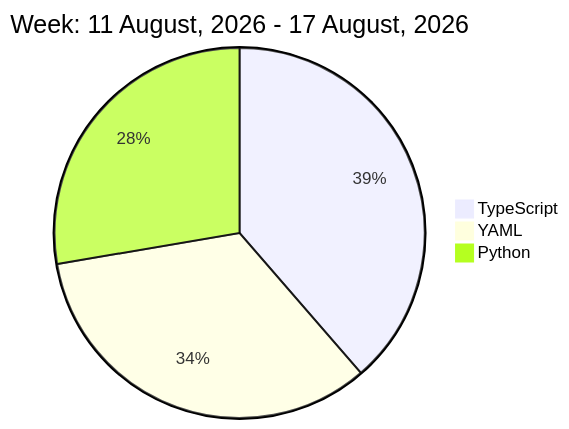
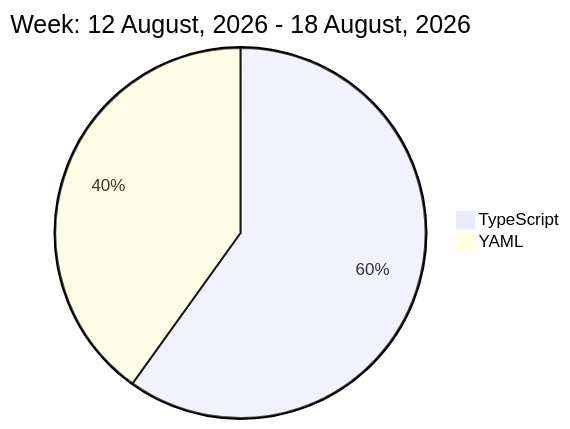
Before and after one commit to liubin95/liubin95: the diagram in README.md, drawn with Mermaid.

Commit message:
Updated the Graph with new Metrics

````diff
--- a/README.md
+++ b/README.md
@@ -32,7 +32,6 @@
 ```mermaid
  pie
-title Week: 11 August, 2026 - 17 August, 2026
- "TypeScript" : 3.67
- "YAML" : 3.2
- "Python" : 2.63
+title Week: 12 August, 2026 - 18 August, 2026
+ "TypeScript" : 5.05
+ "YAML" : 3.38
 ```
````
